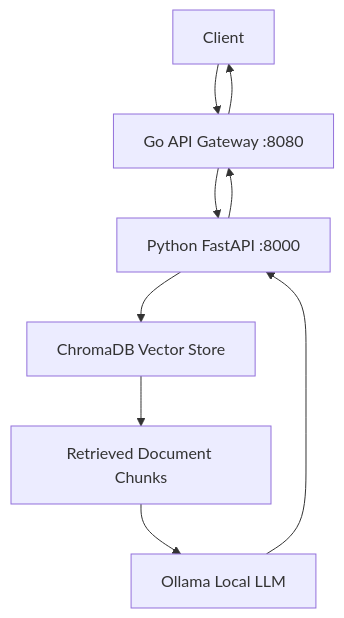
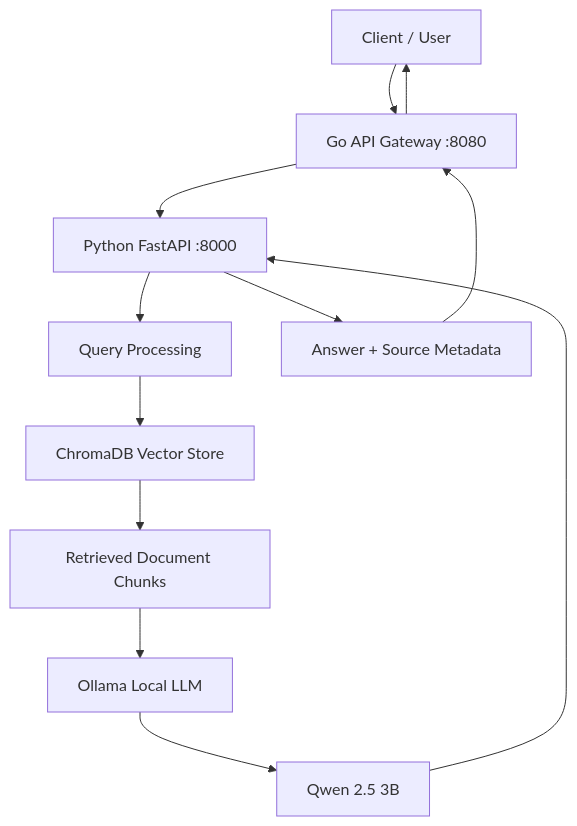
Before and after one commit to zalfaaayudhia/SatelliteOps-AI: the diagram in README.md, drawn with Mermaid. The commit also changed other lines of this file and 1 other file, not shown here.

````diff
--- a/README.md
+++ b/README.md
@@ -11,11 +72,24 @@
 ```mermaid
 flowchart TD
-    A[Client] --> B[Go API Gateway :8080]
+    A[Client / User] --> B[Go API Gateway :8080]
+
     B --> C[Python FastAPI :8000]
-    C --> D[ChromaDB Vector Store]
-    D --> E[Retrieved Document Chunks]
-    E --> F[Ollama Local LLM]
-    F --> C
-    C --> B
+
+    C --> D[Query Processing]
+
+    D --> E[ChromaDB Vector Store]
+
+    E --> F[Retrieved Document Chunks]
+
+    F --> G[Ollama Local LLM]
+
+    G --> H[Qwen 2.5 3B]
+
+    H --> C
+
+    C --> I[Answer + Source Metadata]
+
+    I --> B
+
     B --> A
 ```
````
